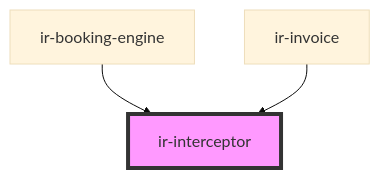
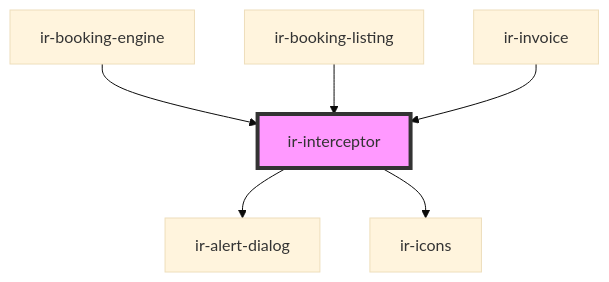
The diagram in src/components/ir-interceptor/readme.md (RonyRizk/ir-be), drawn with Mermaid (base theme) before and after one commit. The commit also changed other lines of this file and 46 other files, not shown here.

````diff
--- a/src/components/ir-interceptor/readme.md
+++ b/src/components/ir-interceptor/readme.md
@@ -23,6 +29,9 @@
 ```mermaid
 graph TD;
+  ir-interceptor --> ir-alert-dialog
+  ir-interceptor --> ir-icons
   ir-booking-engine --> ir-interceptor
+  ir-booking-listing --> ir-interceptor
   ir-invoice --> ir-interceptor
   style ir-interceptor fill:#f9f,stroke:#333,stroke-width:4px
 ```
````
